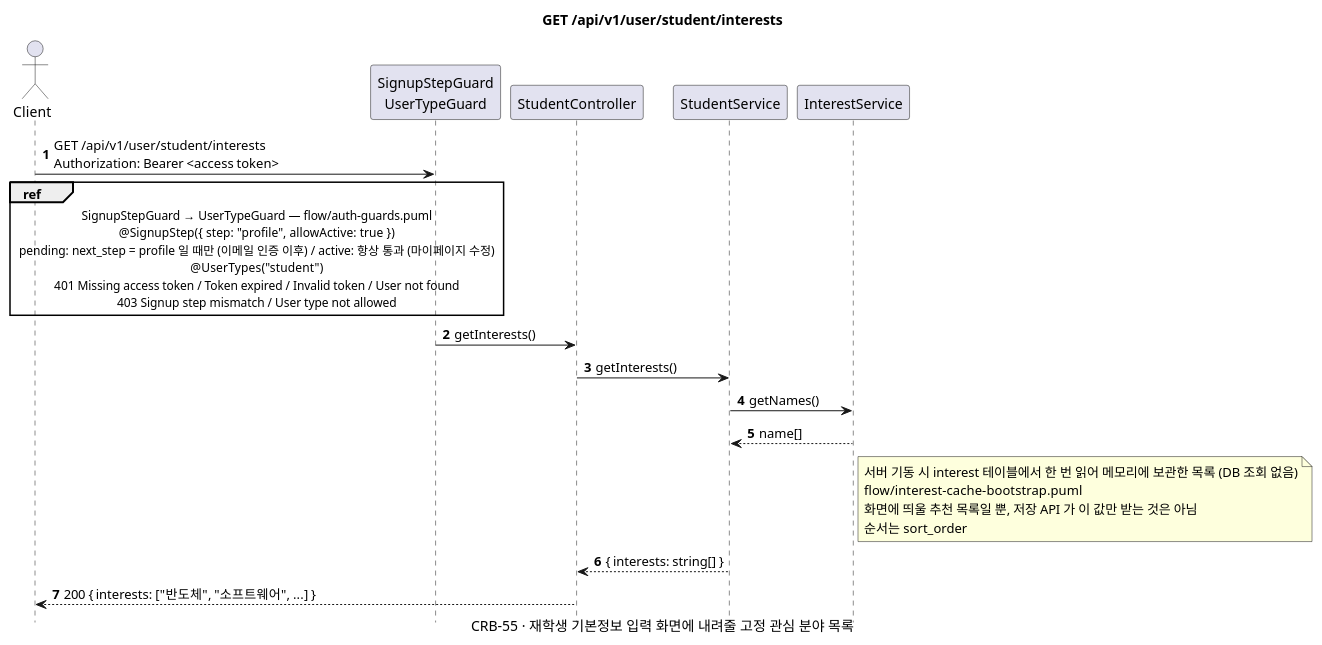
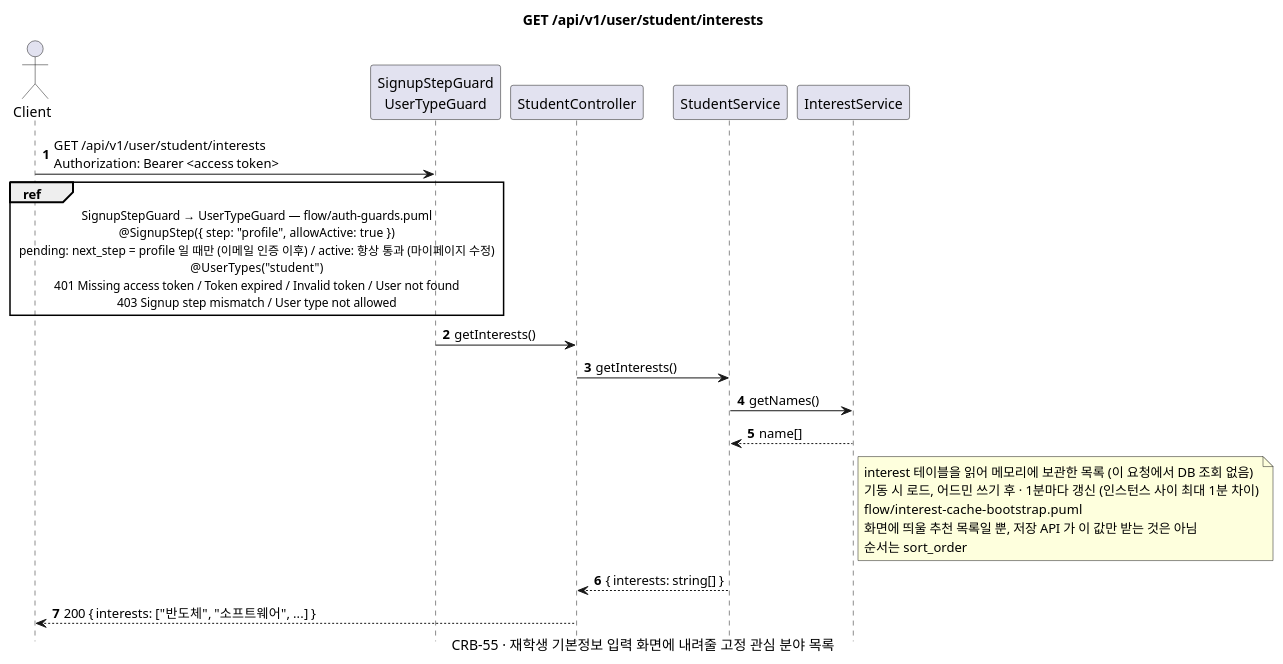
The diagram in docs/sequence/student/get-interests.puml (gsainfoteam/cheers-be), drawn with PlantUML before and after one commit. The commit also changed 11 other files, not shown here.

Commit message:
- docs: add interest admin sequence diagrams and cache refresh flow (CRB-58)

```diff
--- a/docs/sequence/student/get-interests.puml
+++ b/docs/sequence/student/get-interests.puml
@@ -1,42 +1,43 @@
 @startuml get-interests
 skinparam defaultFontName "Apple SD Gothic Neo", "Noto Sans CJK KR", sans-serif
 skinparam responseMessageBelowArrow true
 skinparam sequenceMessageAlign left
 skinparam maxMessageSize 260
 skinparam BoxPadding 8
 skinparam shadowing false
 autonumber
 hide footbox
 
 title GET /api/v1/user/student/interests
 caption CRB-55 · 재학생 기본정보 입력 화면에 내려줄 고정 관심 분야 목록
 
 actor Client
 participant "SignupStepGuard\nUserTypeGuard" as Guard
 participant "StudentController" as Controller
 participant "StudentService" as Service
 participant "InterestService" as InterestService
 
 Client -> Guard: GET /api/v1/user/student/interests\nAuthorization: Bearer <access token>
 ref over Client, Guard
   SignupStepGuard → UserTypeGuard — flow/auth-guards.puml
   @SignupStep({ step: "profile", allowActive: true })
   pending: next_step = profile 일 때만 (이메일 인증 이후) / active: 항상 통과 (마이페이지 수정)
   @UserTypes("student")
   401 Missing access token / Token expired / Invalid token / User not found
   403 Signup step mismatch / User type not allowed
 end ref
 Guard -> Controller: getInterests()
 Controller -> Service: getInterests()
 Service -> InterestService: getNames()
 InterestService --> Service: name[]
 note right of InterestService
-  서버 기동 시 interest 테이블에서 한 번 읽어 메모리에 보관한 목록 (DB 조회 없음)
+  interest 테이블을 읽어 메모리에 보관한 목록 (이 요청에서 DB 조회 없음)
+  기동 시 로드, 어드민 쓰기 후 · 1분마다 갱신 (인스턴스 사이 최대 1분 차이)
   flow/interest-cache-bootstrap.puml
   화면에 띄울 추천 목록일 뿐, 저장 API 가 이 값만 받는 것은 아님
   순서는 sort_order
 end note
 Service --> Controller: { interests: string[] }
 Controller --> Client: 200 { interests: ["반도체", "소프트웨어", ...] }
 
 @enduml
```
